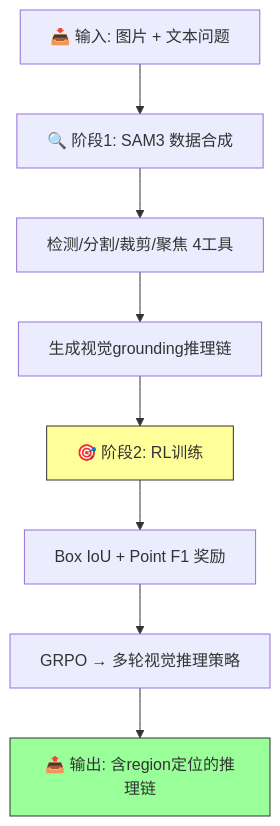
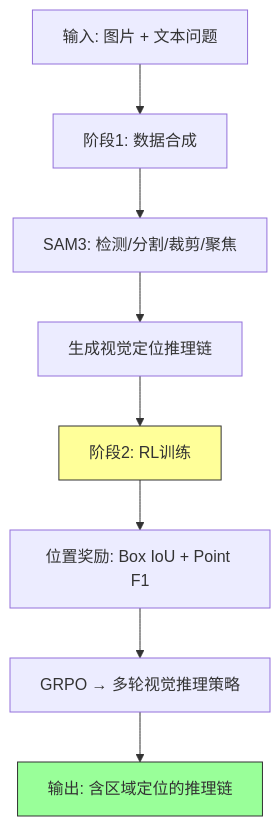
The diagram in topics/VLM-Bottleneck-Analysis-and-Method-Design/invoke/[Arxiv 2026] Thinking-with-Visual-Grounding/README.md (Haohaha-11/Paper-Reading-form-Eason), drawn with Mermaid before and after one commit. The commit also changed 5 other files, not shown here.

First line of the commit message:
fix: Mermaid 流程图文本精简，去除 LaTeX 公式

````diff
--- a/topics/VLM-Bottleneck-Analysis-and-Method-Design/invoke/[Arxiv 2026] Thinking-with-Visual-Grounding/README.md
+++ b/topics/VLM-Bottleneck-Analysis-and-Method-Design/invoke/[Arxiv 2026] Thinking-with-Visual-Grounding/README.md
@@ -62,12 +62,12 @@
 ```mermaid
 flowchart TD
-    A["📥 输入: 图片 + 文本问题"] --> B["🔍 阶段1: SAM3 数据合成"]
-    B --> B1["检测/分割/裁剪/聚焦 4工具"]
-    B1 --> B2["生成视觉grounding推理链"]
-    B2 --> C["🎯 阶段2: RL训练"]
-    C --> C1["Box IoU + Point F1 奖励"]
+    A["输入: 图片 + 文本问题"] --> B["阶段1: 数据合成"]
+    B --> B1["SAM3: 检测/分割/裁剪/聚焦"]
+    B1 --> B2["生成视觉定位推理链"]
+    B2 --> C["阶段2: RL训练"]
+    C --> C1["位置奖励: Box IoU + Point F1"]
     C1 --> C2["GRPO → 多轮视觉推理策略"]
-    C2 --> D["📤 输出: 含region定位的推理链"]
+    C2 --> D["输出: 含区域定位的推理链"]
     style C fill:#ff9,stroke:#333
     style D fill:#9f9,stroke:#333
 ```
````
